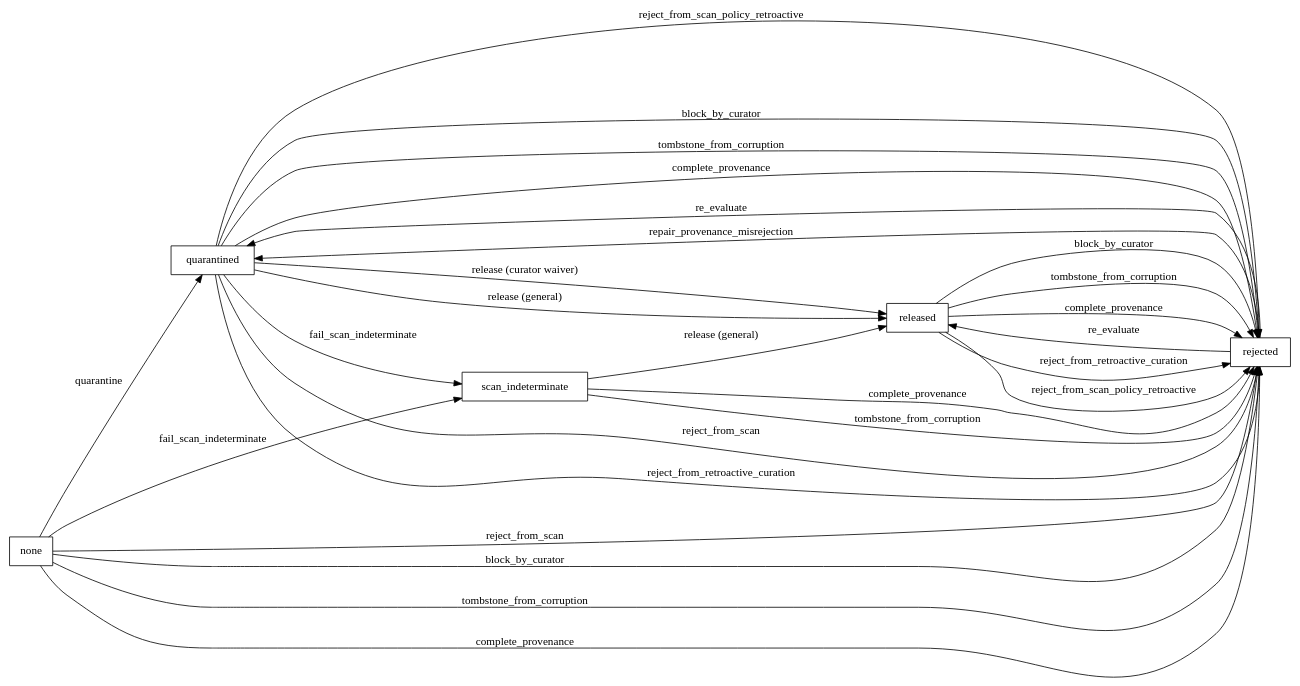
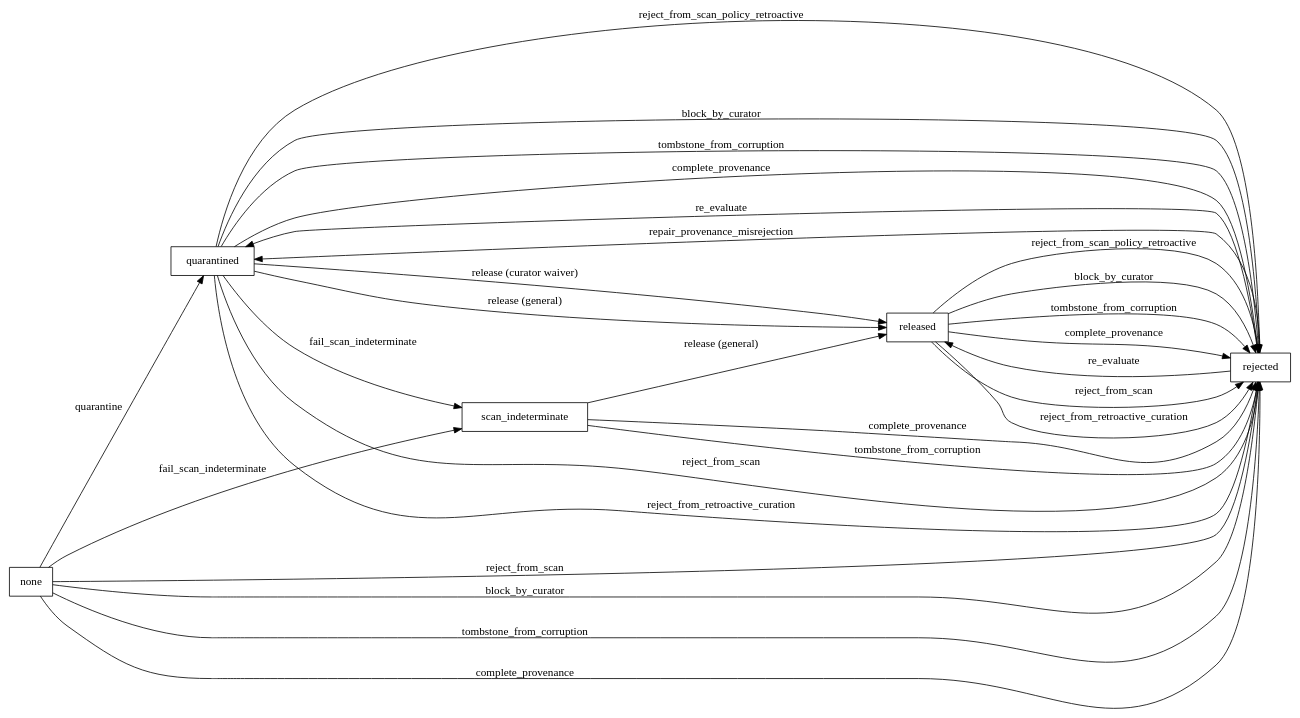
Before and after one commit to project-hort/hort: the diagram in docs/architecture/artifact-lifecycle.dot, drawn with Graphviz. The commit also changed 24 other files, not shown here.

```diff
--- a/docs/architecture/artifact-lifecycle.dot
+++ b/docs/architecture/artifact-lifecycle.dot
@@ -1,44 +1,45 @@
 // AUTO-GENERATED — do not hand-edit.
 //
 // Rendered by `hort_domain::entities::quarantine_transitions::render_lifecycle_dot`
 // from the declared `QUARANTINE_TRANSITIONS` table (backlog 090, #135 item 2).
 // Regenerate after any table change; the drift guard
 // `crates/hort-domain/tests/lifecycle_dot_artifact.rs` fails CI if this file
 // and the table disagree. Self-loop-only transitions (a guard method that
 // accepts a state but leaves it unchanged) are omitted — see the render
 // function's doc comment.
 digraph ArtifactQuarantineLifecycle {
     rankdir=LR;
     node [shape=box];
     "none";
     "quarantined";
     "released";
     "rejected";
     "scan_indeterminate";
     "none" -> "quarantined" [label="quarantine"];
     "none" -> "rejected" [label="reject_from_scan"];
     "quarantined" -> "rejected" [label="reject_from_scan"];
+    "released" -> "rejected" [label="reject_from_scan"];
     "quarantined" -> "rejected" [label="reject_from_retroactive_curation"];
     "released" -> "rejected" [label="reject_from_retroactive_curation"];
     "quarantined" -> "rejected" [label="reject_from_scan_policy_retroactive"];
     "released" -> "rejected" [label="reject_from_scan_policy_retroactive"];
     "none" -> "rejected" [label="block_by_curator"];
     "quarantined" -> "rejected" [label="block_by_curator"];
     "released" -> "rejected" [label="block_by_curator"];
     "none" -> "rejected" [label="tombstone_from_corruption"];
     "quarantined" -> "rejected" [label="tombstone_from_corruption"];
     "released" -> "rejected" [label="tombstone_from_corruption"];
     "scan_indeterminate" -> "rejected" [label="tombstone_from_corruption"];
     "quarantined" -> "released" [label="release (curator waiver)"];
     "quarantined" -> "released" [label="release (general)"];
     "scan_indeterminate" -> "released" [label="release (general)"];
     "none" -> "scan_indeterminate" [label="fail_scan_indeterminate"];
     "quarantined" -> "scan_indeterminate" [label="fail_scan_indeterminate"];
     "rejected" -> "quarantined" [label="re_evaluate"];
     "rejected" -> "released" [label="re_evaluate"];
     "none" -> "rejected" [label="complete_provenance"];
     "quarantined" -> "rejected" [label="complete_provenance"];
     "released" -> "rejected" [label="complete_provenance"];
     "scan_indeterminate" -> "rejected" [label="complete_provenance"];
     "rejected" -> "quarantined" [label="repair_provenance_misrejection"];
 }
```
